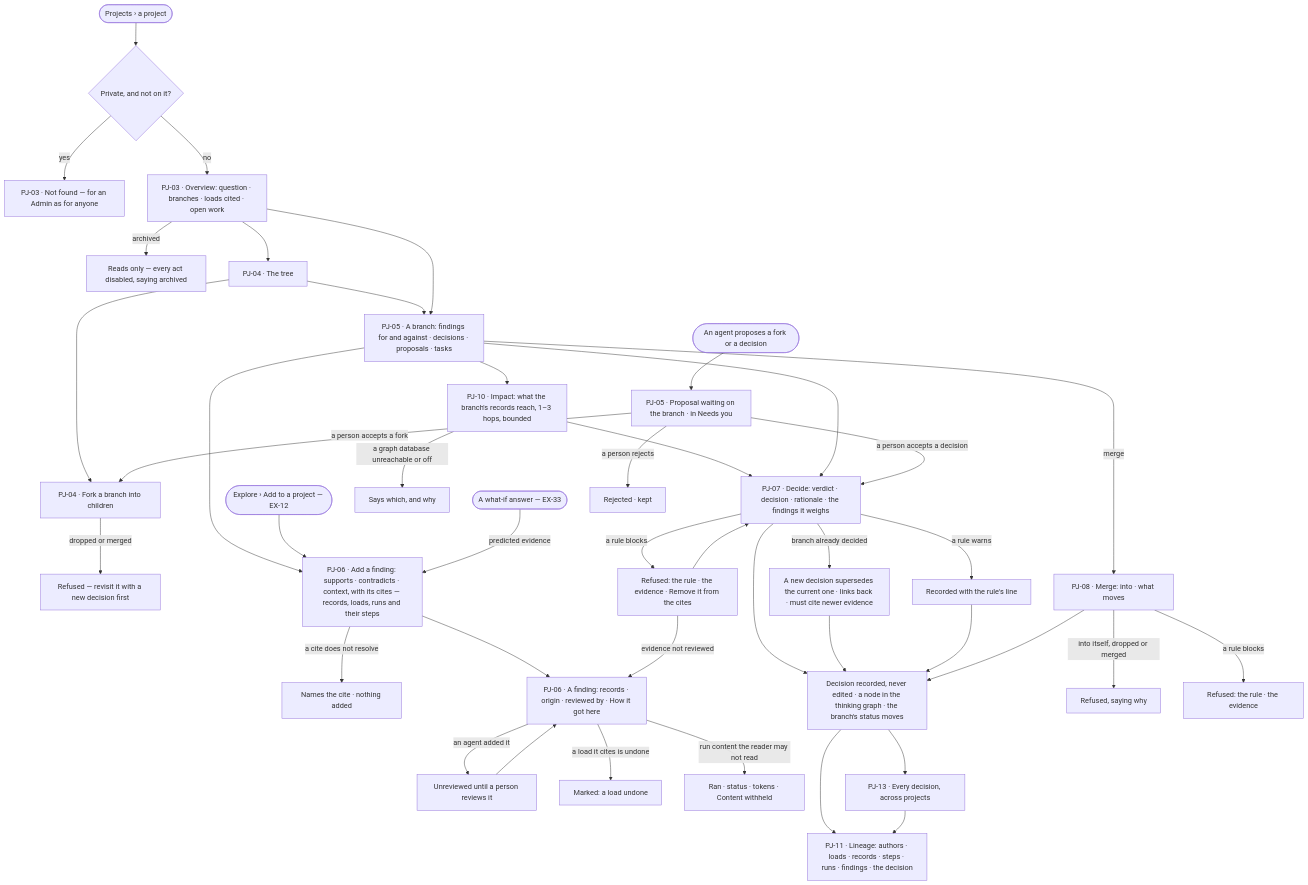
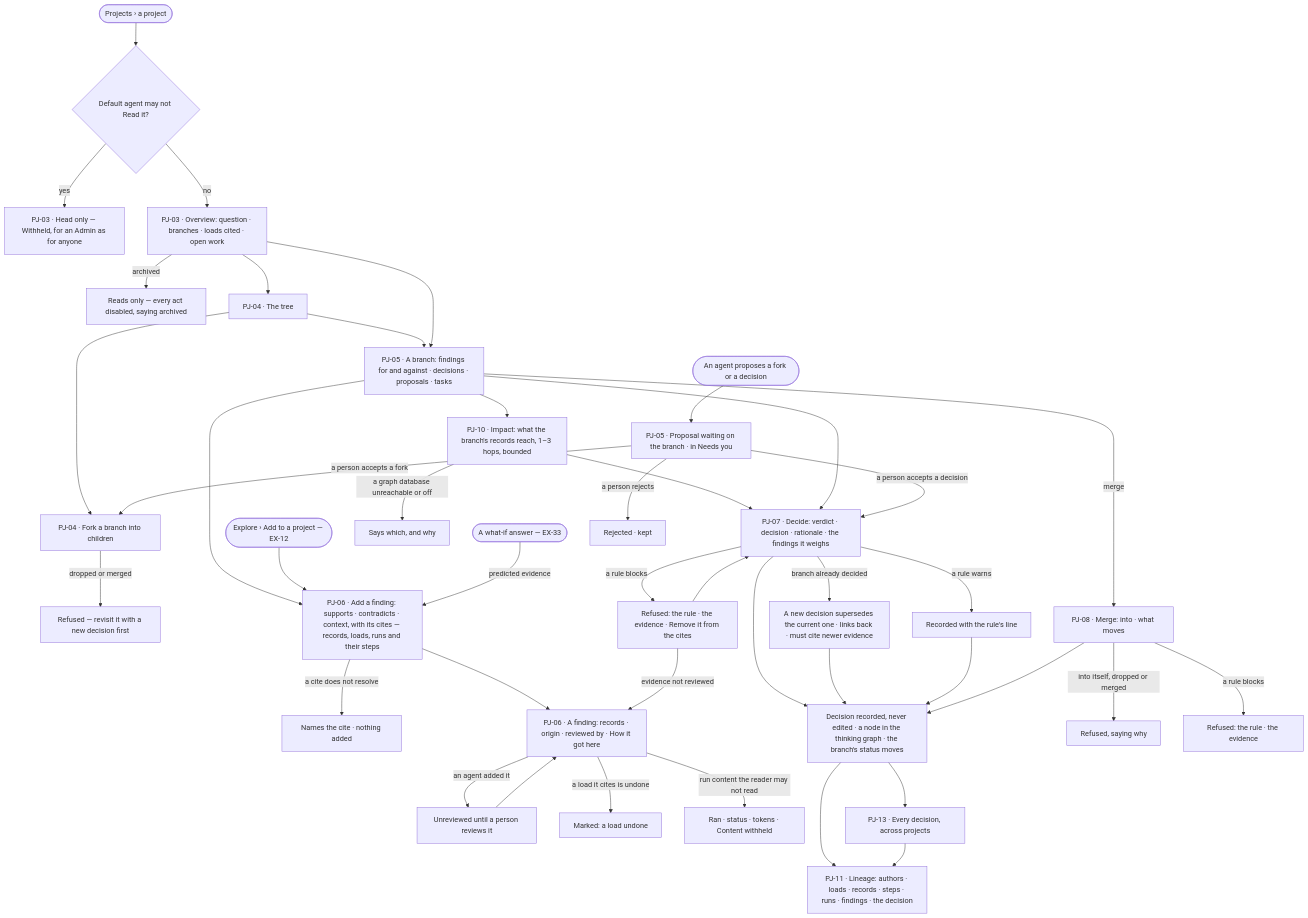
The first of 2 diagrams in specs/capabilities/projects/features/PJ-F03-branches-findings-and-decisions/feature.md (invana/invana), drawn with Mermaid before and after one commit. The commit also changed other lines of this file and 300 other files, not shown here.

````diff
--- a/specs/capabilities/projects/features/PJ-F03-branches-findings-and-decisions/feature.md
+++ b/specs/capabilities/projects/features/PJ-F03-branches-findings-and-decisions/feature.md
@@ -26,43 +26,43 @@
 ```mermaid
 flowchart TD
-  start([Projects › a project]) --> vis{"Private, and not on it?"}
-  vis -->|yes| priv["PJ-03 · Not found — for an Admin as for anyone"]
+  start([Projects › a project]) --> vis{"Default agent may not Read it?"}
+  vis -->|yes| priv["PJ-03 · Head only — Withheld, for an Admin as for anyone"]
   vis -->|no| ov["PJ-03 · Overview: question · branches · loads cited · open work"]
   ov -->|archived| arch["Reads only — every act disabled, saying archived"]
   ov --> tree["PJ-04 · The tree"]
   tree --> fork["PJ-04 · Fork a branch into children"]
   fork -->|dropped or merged| rf["Refused — revisit it with a new decision first"]
   tree --> br["PJ-05 · A branch: findings for and against · decisions · proposals · tasks"]
   ov --> br
   br --> add["PJ-06 · Add a finding: supports · contradicts · context, with its cites — records, loads, runs and their steps"]
   add -->|a cite does not resolve| rc["Names the cite · nothing added"]
   explore([Explore › Add to a project — EX-12]) --> add
   whatif([A what-if answer — EX-33]) -->|predicted evidence| add
   add --> fd["PJ-06 · A finding: records · origin · reviewed by · How it got here"]
   fd -->|an agent added it| rev["Unreviewed until a person reviews it"] --> fd
   fd -->|a load it cites is undone| rt["Marked: a load undone"]
   fd -->|run content the reader may not read| wh["Ran · status · tokens · Content withheld"]
   br --> imp["PJ-10 · Impact: what the branch's records reach, 1–3 hops, bounded"]
   imp -->|a graph database unreachable or off| ie["Says which, and why"]
   imp --> dec
   br --> dec["PJ-07 · Decide: verdict · decision · rationale · the findings it weighs"]
   dec -->|a rule blocks| rr["Refused: the rule · the evidence · Remove it from the cites"]
   rr -->|evidence not reviewed| fd
   rr --> dec
   dec -->|a rule warns| dw["Recorded with the rule's line"]
   dec -->|branch already decided| sup["A new decision supersedes the current one · links back · must cite newer evidence"]
   dec --> rec["Decision recorded, never edited · a node in the thinking graph · the branch's status moves"]
   sup --> rec
   dw --> rec
   br -->|merge| mg["PJ-08 · Merge: into · what moves"]
   mg -->|into itself, dropped or merged| mr["Refused, saying why"]
   mg -->|a rule blocks| mrr["Refused: the rule · the evidence"]
   mg --> rec
   agent([An agent proposes a fork or a decision]) --> prop["PJ-05 · Proposal waiting on the branch · in Needs you"]
   prop -->|a person accepts a fork| fork
   prop -->|a person accepts a decision| dec
   prop -->|a person rejects| pr["Rejected · kept"]
   rec --> lin["PJ-11 · Lineage: authors · loads · records · steps · runs · findings · the decision"]
   rec --> all["PJ-13 · Every decision, across projects"]
   all --> lin
 ```
````
